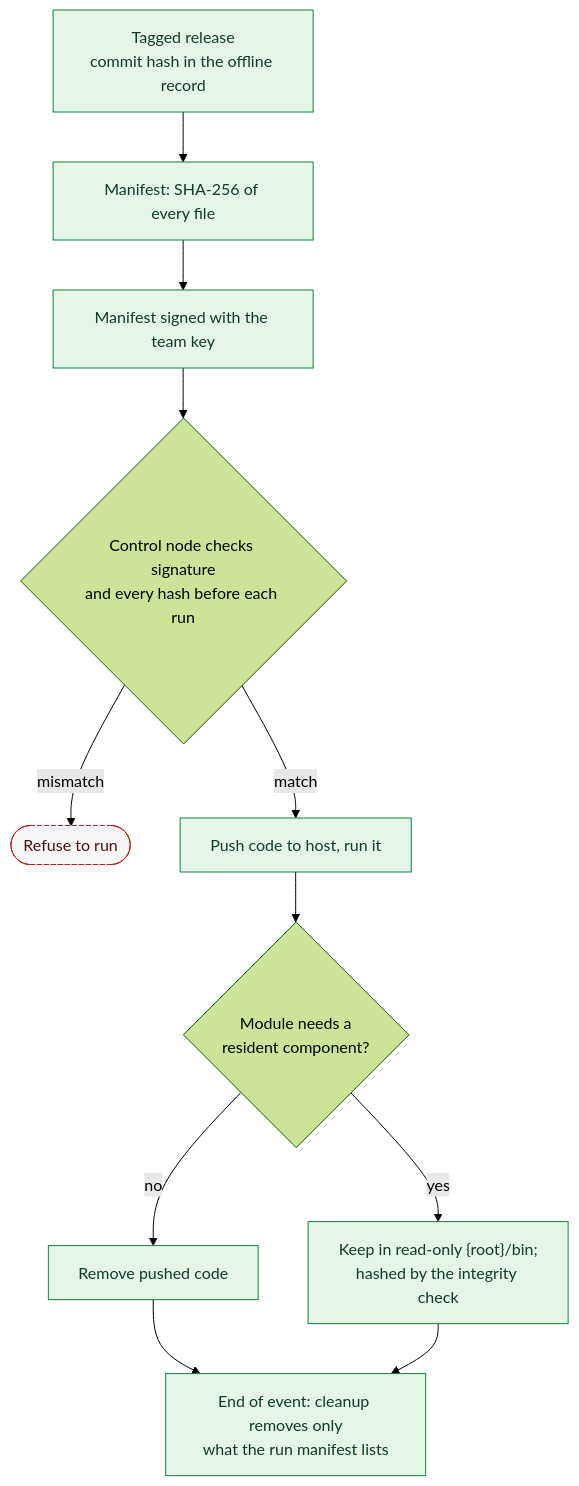
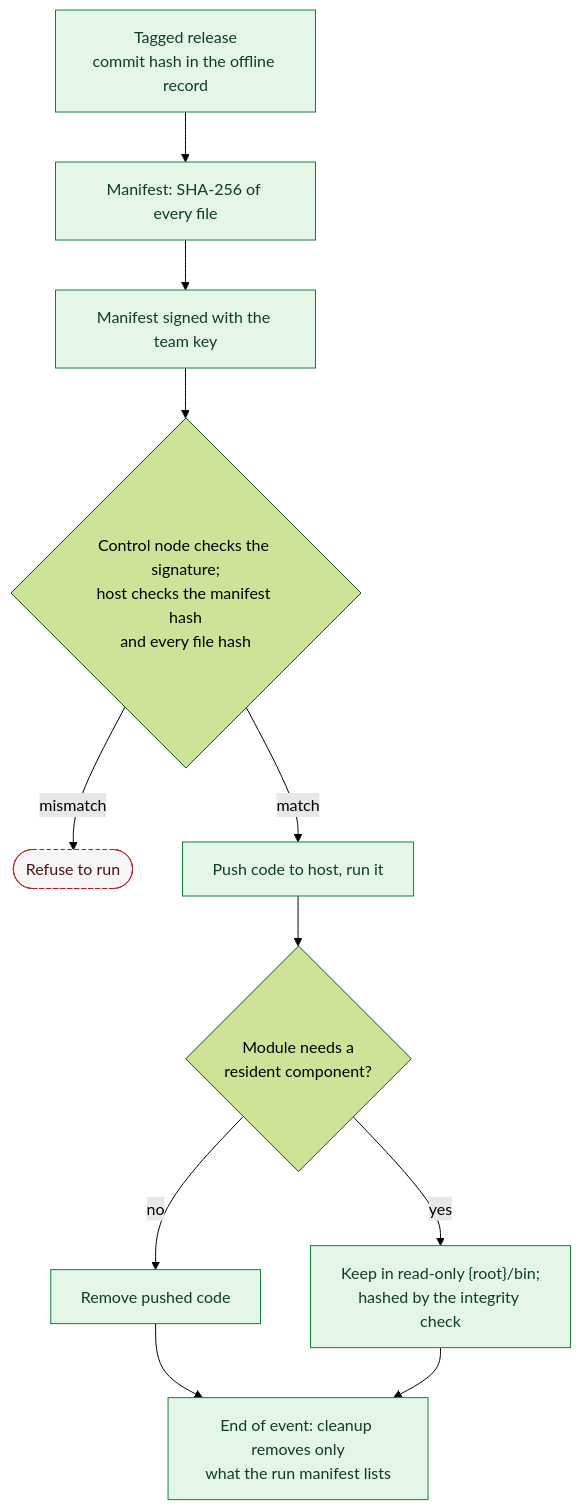
Before and after one commit to dotnetdork/Labyrinth: the diagram in docs/design/07-Cleanup-and-Tool-Integrity.md, drawn with Mermaid (forest theme). The commit also changed other lines of this file and 19 other files, not shown here.

````diff
--- a/docs/design/07-Cleanup-and-Tool-Integrity.md
+++ b/docs/design/07-Cleanup-and-Tool-Integrity.md
@@ -43,17 +46,17 @@
 ```mermaid
 flowchart TD
     REL["Tagged release<br/>commit hash in the offline record"] --> MAN["Manifest: SHA-256 of every file"]
     MAN --> SIG["Manifest signed with the team key"]
-    SIG --> CHK{"Control node checks signature<br/>and every hash before each run"}
+    SIG --> CHK{"Control node checks the signature;<br/>host checks the manifest hash<br/>and every file hash"}
     CHK -->|mismatch| NO(["Refuse to run"])
     CHK -->|match| RUN["Push code to host, run it"]
     RUN --> RES{"Module needs a<br/>resident component?"}
     RES -->|no| DEL["Remove pushed code"]
     RES -->|yes| KEEP["Keep in read-only {root}/bin;<br/>hashed by the integrity check"]
     DEL --> CLN["End of event: cleanup removes only<br/>what the run manifest lists"]
     KEEP --> CLN
     classDef sustain fill:#e3f6e8,stroke:#15803d,color:#0f3d20
     classDef stop fill:#f6f6f6,stroke:#b42318,color:#4a1111,stroke-dasharray:4 3
     class REL,MAN,SIG,RUN,DEL,KEEP,CLN sustain
     class NO stop
 ```
````
